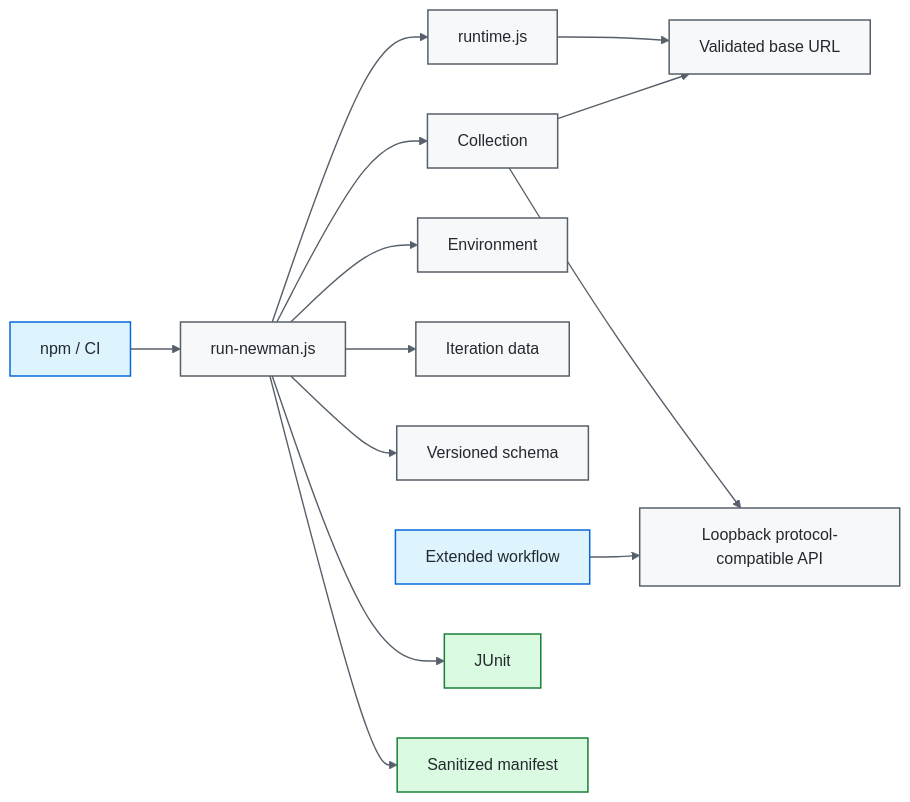
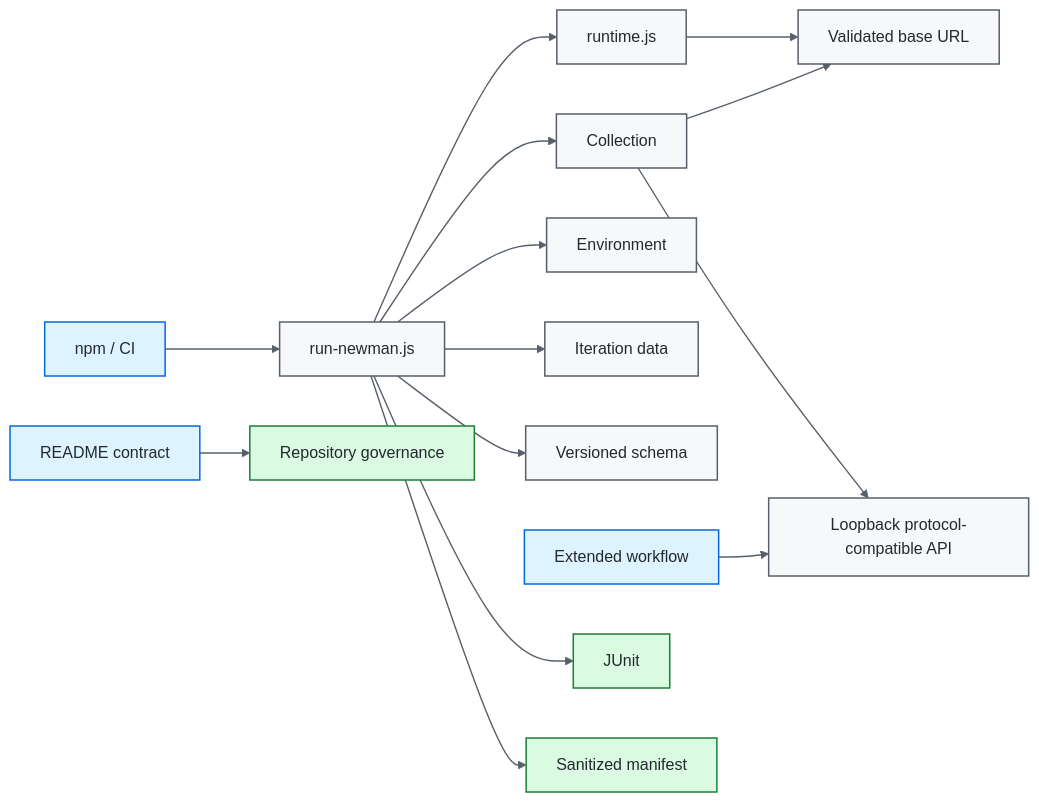
One commit to portyu9/qa-automation-api-postman-newman changed the first of 2 diagrams in README.md. Above: the diagram before and after it, drawn with Mermaid. The commit also changed other lines of this file and 2 other files, not shown here.

````diff
--- a/README.md
+++ b/README.md
@@ -31,23 +33,24 @@
 ```mermaid
 flowchart LR
     CLI[npm / CI] --> RUN[run-newman.js]
     RUN --> POLICY[runtime.js]
     RUN --> COL[Collection]
     RUN --> ENV[Environment]
     RUN --> DATA[Iteration data]
     RUN --> SCHEMA[Versioned schema]
     POLICY --> TARGET[Validated base URL]
     COL --> TARGET
     EXT[Extended workflow] --> LOCAL[Loopback protocol-compatible API]
     COL --> LOCAL
     RUN --> JUNIT[JUnit]
     RUN --> MAN[Sanitized manifest]
+    DOCS[README contract] --> GOVERN[Repository governance]
 
     classDef entry fill:#ddf4ff,stroke:#0969da,color:#24292f,stroke-width:1.5px;
     classDef core fill:#f6f8fa,stroke:#57606a,color:#24292f,stroke-width:1.5px;
     classDef evidence fill:#dafbe1,stroke:#1a7f37,color:#24292f,stroke-width:1.5px;
-    class CLI,EXT entry;
+    class CLI,EXT,DOCS entry;
     class RUN,POLICY,COL,ENV,DATA,SCHEMA,TARGET,LOCAL core;
-    class JUNIT,MAN evidence;
+    class JUNIT,MAN,GOVERN evidence;
     linkStyle default stroke:#57606a,stroke-width:1.4px;
 ```
````
